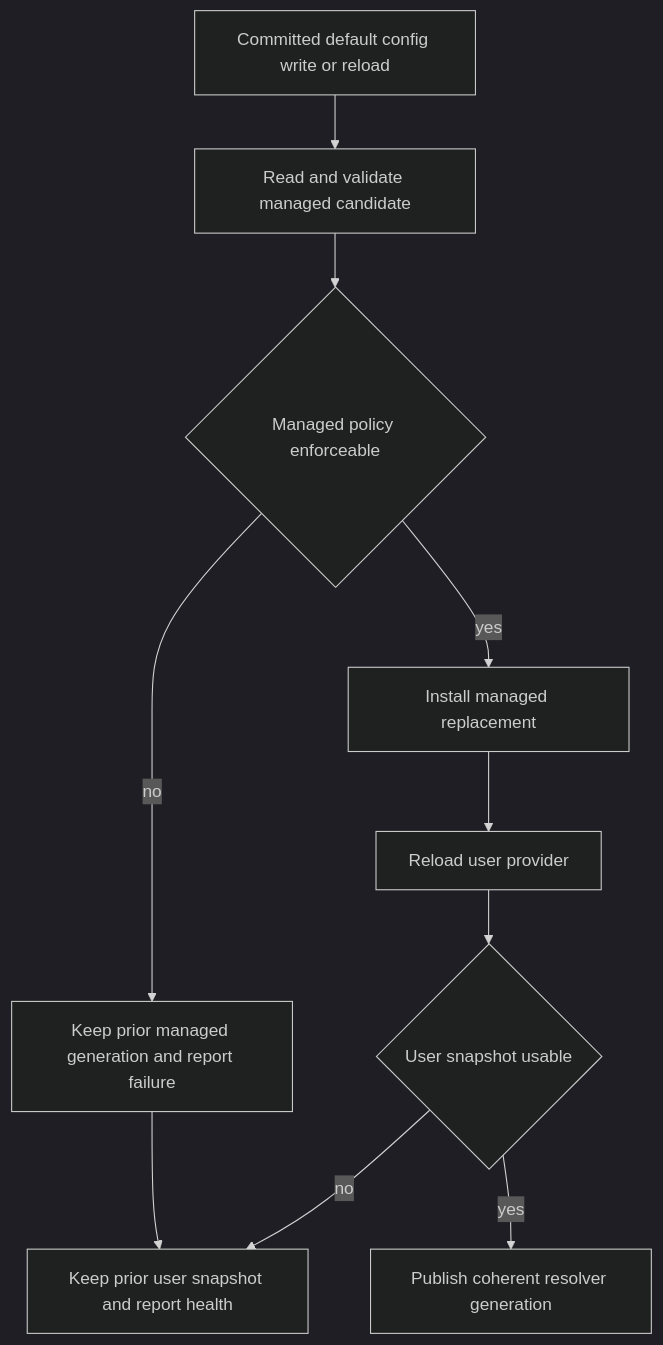
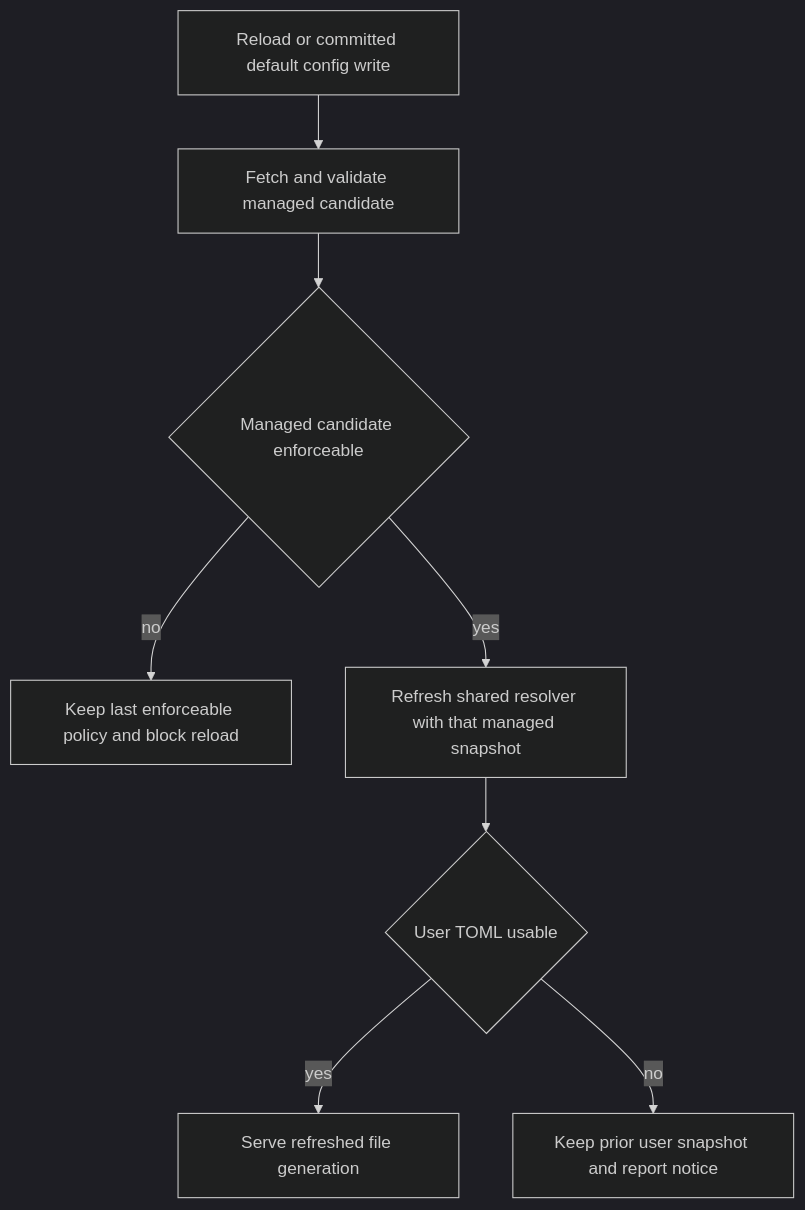
The second of 2 diagrams in openwiki/concepts/config-layering.md (langchain-ai/deepagents), drawn with Mermaid (dark theme) before and after one commit. The commit also changed other lines of this file and 31 other files, not shown here.

````diff
--- a/openwiki/concepts/config-layering.md
+++ b/openwiki/concepts/config-layering.md
@@ -73,12 +76,10 @@
 ```mermaid
 flowchart TD
-    A["Committed default config write or reload"] --> B["Read and validate managed candidate"]
-    B --> C{"Managed policy enforceable"}
-    C -->|"no"| D["Keep prior managed generation and report failure"]
-    C -->|"yes"| E["Install managed replacement"]
-    E --> F["Reload user provider"]
-    F --> G{"User snapshot usable"}
-    G -->|"no"| H["Keep prior user snapshot and report health"]
-    G -->|"yes"| I["Publish coherent resolver generation"]
-    D --> H
+    A["Reload or committed default config write"] --> B["Fetch and validate managed candidate"]
+    B --> C{"Managed candidate enforceable"}
+    C -->|"no"| D["Keep last enforceable policy and block reload"]
+    C -->|"yes"| E["Refresh shared resolver with that managed snapshot"]
+    E --> F{"User TOML usable"}
+    F -->|"yes"| G["Serve refreshed file generation"]
+    F -->|"no"| H["Keep prior user snapshot and report notice"]
 ```
````
